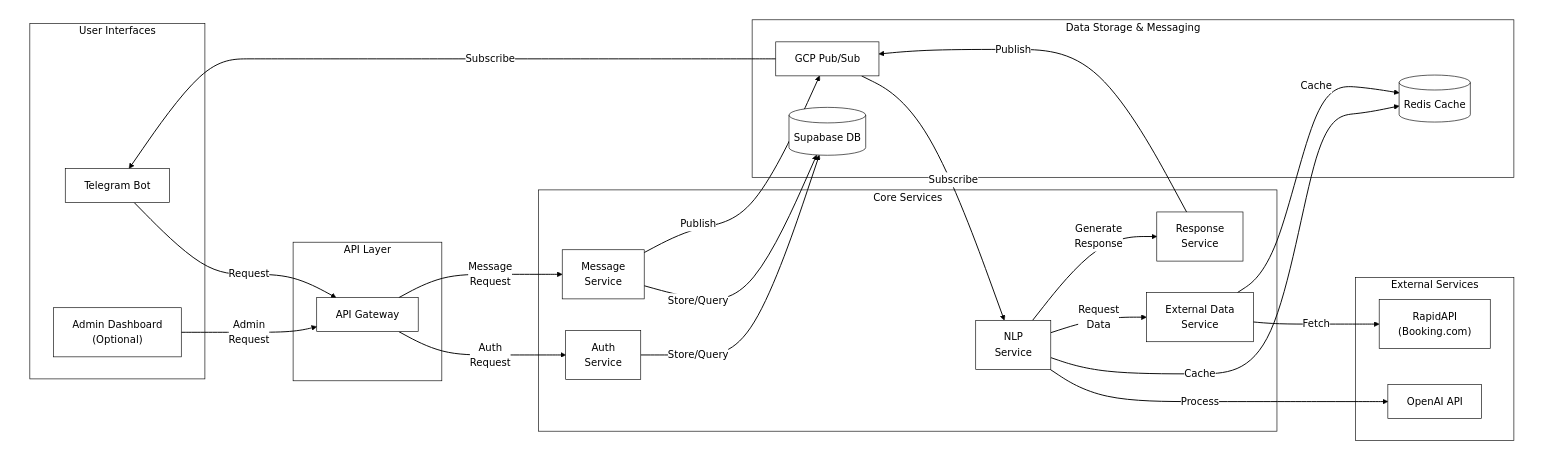
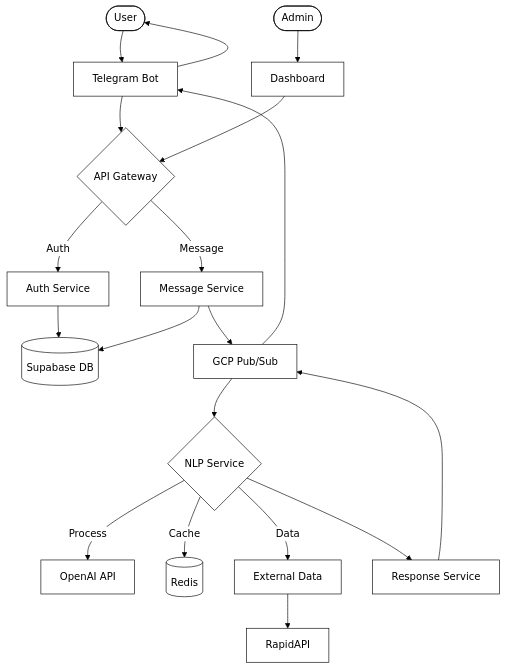
Before and after one commit to esakrissa/modern-isoner: the diagram in README.md, drawn with Mermaid. The commit also changed other lines of this file, not shown here.

Commit message:
Change flowchart direction from LR to TB for better vertical layout

````diff
--- a/README.md
+++ b/README.md
@@ -37,78 +37,53 @@
     'secondaryColor': '#ffffff', 
     'tertiaryColor': '#ffffff',
     'background': '#ffffff'
-  },
-  'flowchart': {
-    'htmlLabels': true,
-    'curve': 'basis',
-    'diagramPadding': 40,
-    'useMaxWidth': false
   }
 }}%%
 flowchart TB
-    %% Create a background container for the entire diagram
-    subgraph BG [" "]
-        %% Define nodes with proper spacing
-        subgraph UI["User Interfaces"]
-            TB["Telegram Bot"]
-            AD["Admin Dashboard<br/>(Optional)"]
-        end
-        
-        subgraph API["API Layer"]
-            AG["API Gateway"]
-        end
-        
-        subgraph CS["Core Services"]
-            AS["Auth<br/>Service"]
-            MS["Message<br/>Service"]
-            NLP["NLP<br/>Service"]
-            EDS["External Data<br/>Service"]
-            RS["Response<br/>Service"]
-        end
-        
-        subgraph DS["Data Storage & Messaging"]
-            SB[(Supabase DB)]
-            PS["GCP Pub/Sub"]
-            RC[(Redis Cache)]
-        end
-        
-        subgraph ES["External Services"]
-            OAI["OpenAI API"]
-            RAPI["RapidAPI<br/>(Booking.com)"]
-        end
-        
-        %% Define connections with proper spacing
-        TB -->|"Request"| AG
-        AD -->|"Admin<br/>Request"| AG
-        
-        AG -->|"Auth<br/>Request"| AS
-        AG -->|"Message<br/>Request"| MS
-        
-        AS -->|"Store/Query"| SB
-        MS -->|"Store/Query"| SB
-        MS -->|"Publish"| PS
-        
-        PS -->|"Subscribe"| NLP
-        NLP -->|"Process"| OAI
-        NLP -->|"Cache"| RC
-        
-        NLP -->|"Request<br/>Data"| EDS
-        NLP -->|"Generate<br/>Response"| RS
-        
-        EDS -->|"Fetch"| RAPI
-        EDS -->|"Cache"| RC
-        
-        RS -->|"Publish"| PS
-        PS -->|"Subscribe"| TB
-    end
+    %% User Interface Layer
+    User([User]) --> TB[Telegram Bot]
+    Admin([Admin]) --> AD[Dashboard]
     
-    %% Style all links and nodes
-    linkStyle default stroke:#000000,stroke-width:1.5px;
+    %% Gateway Layer
+    TB --> AG{API Gateway}
+    AD --> AG
     
-    style BG fill:#ffffff,stroke:#ffffff,stroke-width:0px;
-    style UI fill:#ffffff,stroke:#000000,stroke-width:1px;
-    style API fill:#ffffff,stroke:#000000,stroke-width:1px;
-    style CS fill:#ffffff,stroke:#000000,stroke-width:1px;
-    style DS fill:#ffffff,stroke:#000000,stroke-width:1px;
-    style ES fill:#ffffff,stroke:#000000,stroke-width:1px;
+    %% Service Layer
+    AG -->|Auth| AS[Auth Service]
+    AG -->|Message| MS[Message Service]
+    
+    %% Storage Layer
+    AS --> SB[(Supabase DB)]
+    MS --> SB
+    MS --> PS[GCP Pub/Sub]
+    
+    %% Processing Layer
+    PS --> NLP{NLP Service}
+    NLP -->|Process| OAI[OpenAI API]
+    NLP -->|Cache| RC[(Redis)]
+    NLP -->|Data| EDS[External Data]
+    EDS --> RAPI[RapidAPI]
+    
+    %% Response Layer
+    NLP --> RS[Response Service]
+    RS --> PS
+    PS --> TB
+    TB --> User
+
+    %% Styling
+    style User fill:#ffffff,stroke:#000000
+    style Admin fill:#ffffff,stroke:#000000
+    style TB fill:#ffffff,stroke:#000000
+    style AD fill:#ffffff,stroke:#000000
+    style AG fill:#ffffff,stroke:#000000
+    style AS fill:#ffffff,stroke:#000000
+    style MS fill:#ffffff,stroke:#000000
+    style NLP fill:#ffffff,stroke:#000000
+    style EDS fill:#ffffff,stroke:#000000
+    style RS fill:#ffffff,stroke:#000000
+    style SB fill:#ffffff,stroke:#000000
+    style PS fill:#ffffff,stroke:#000000
+    style RC fill:#ffffff,stroke:#000000
+    style OAI fill:#ffffff,stroke:#000000
+    style RAPI fill:#ffffff,stroke:#000000
 ```
````
